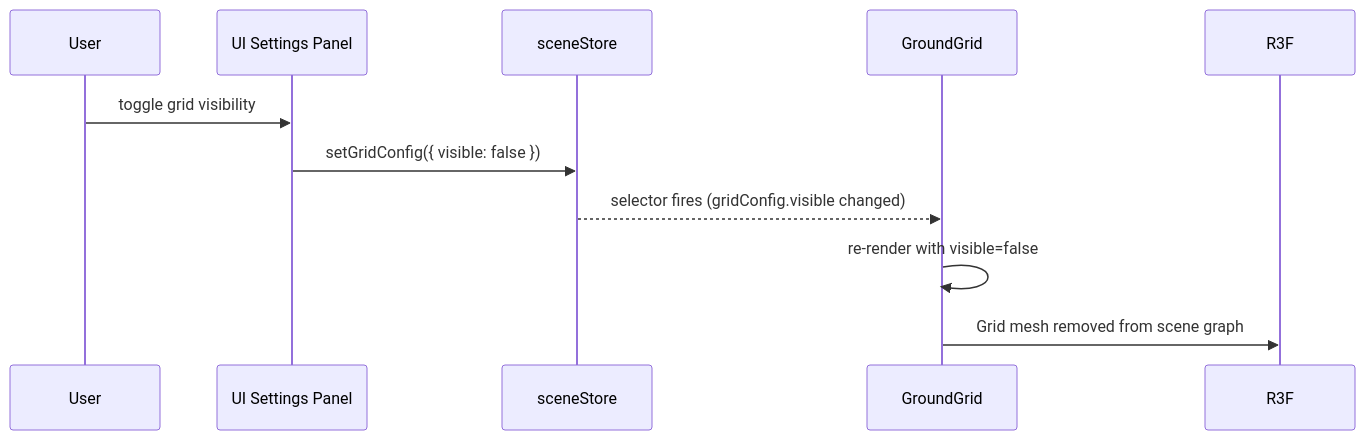
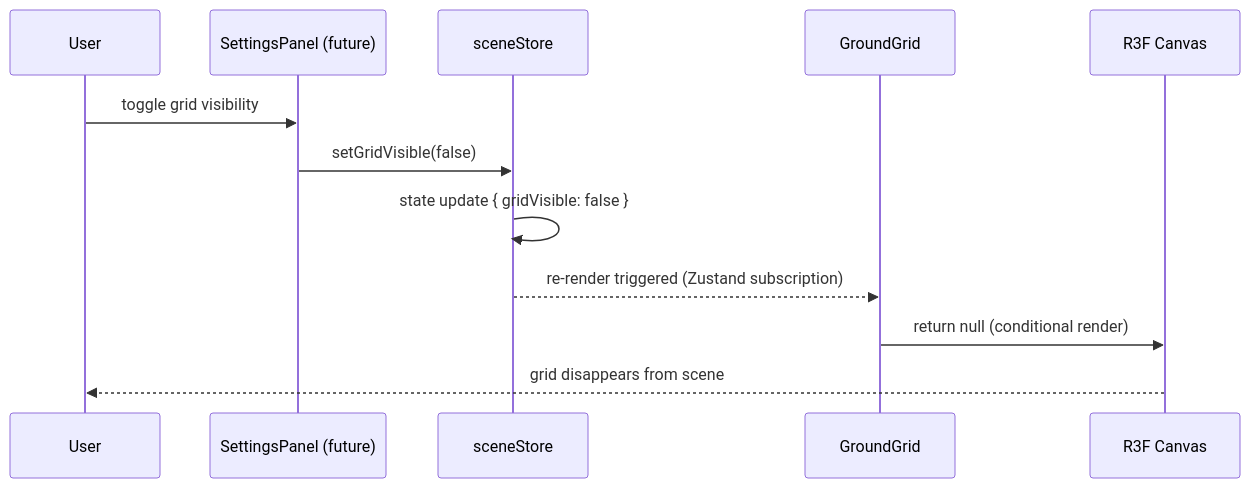
One commit to sreenivasmrpivot/legobuilder changed the second of 4 diagrams in docs/features/FR-SCENE-001/LOW_LEVEL_DESIGN.md. Above: the diagram before and after it, drawn with Mermaid. The commit also changed other lines of this file, not shown here.

First line of the commit message:
docs: LLD for FR-SCENE-001 — Render 3D scene with Three.js and visible ground grid plane

````diff
--- a/docs/features/FR-SCENE-001/LOW_LEVEL_DESIGN.md
+++ b/docs/features/FR-SCENE-001/LOW_LEVEL_DESIGN.md
@@ -288,13 +393,15 @@
 ```mermaid
 sequenceDiagram
     participant User
-    participant UIPanel as UI Settings Panel
-    participant SceneStore as sceneStore
-    participant GroundGrid
+    participant UI as SettingsPanel (future)
+    participant SS as sceneStore
+    participant GG as GroundGrid
+    participant Canvas as R3F Canvas
 
-    User->>UIPanel: toggle grid visibility
-    UIPanel->>SceneStore: setGridConfig({ visible: false })
-    SceneStore-->>GroundGrid: selector fires (gridConfig.visible changed)
-    GroundGrid->>GroundGrid: re-render with visible=false
-    GroundGrid->>R3F: Grid mesh removed from scene graph
+    User->>UI: toggle grid visibility
+    UI->>SS: setGridVisible(false)
+    SS->>SS: state update { gridVisible: false }
+    SS-->>GG: re-render triggered (Zustand subscription)
+    GG->>Canvas: return null (conditional render)
+    Canvas-->>User: grid disappears from scene
 ```
````
